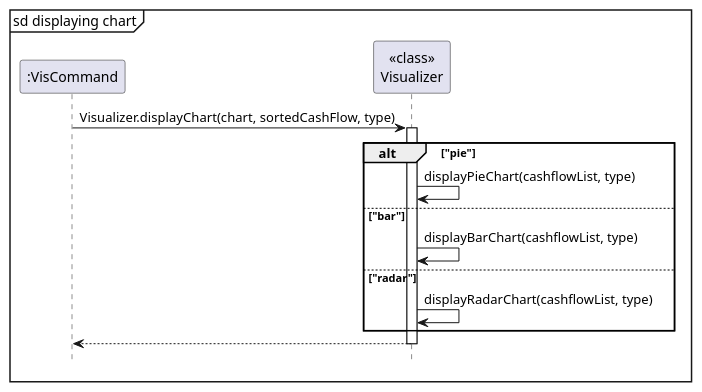
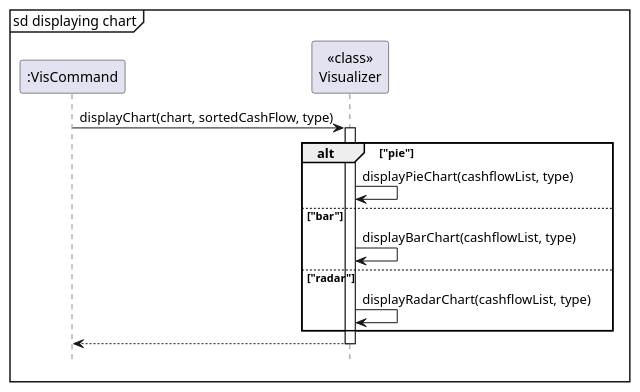
One commit to nus-cs2113-AY2324S1/tp changed the diagram in docs/diagrams/vis/visualizerSequence.puml. Above: the diagram before and after it, drawn with PlantUML. The commit also changed 5 other files, not shown here.

Commit message:
Fix Vis diagrams

```diff
--- a/docs/diagrams/vis/visualizerSequence.puml
+++ b/docs/diagrams/vis/visualizerSequence.puml
@@ -1,24 +1,24 @@
 @startuml
 
 mainframe sd displaying chart
 
 participant ":VisCommand"
 participant "<<class>>\nVisualizer"
 
-":VisCommand"-> "<<class>>\nVisualizer": Visualizer.displayChart(chart, sortedCashFlow, type)
+":VisCommand"-> "<<class>>\nVisualizer": displayChart(chart, sortedCashFlow, type)
 
 activate "<<class>>\nVisualizer"
 
 alt "pie"
     "<<class>>\nVisualizer" -> "<<class>>\nVisualizer": displayPieChart(cashflowList, type)
 else "bar"
     "<<class>>\nVisualizer" -> "<<class>>\nVisualizer": displayBarChart(cashflowList, type)
 else "radar"
     "<<class>>\nVisualizer" -> "<<class>>\nVisualizer": displayRadarChart(cashflowList, type)
 end
 
 return
 
 hide footbox
 
 @enduml
```
